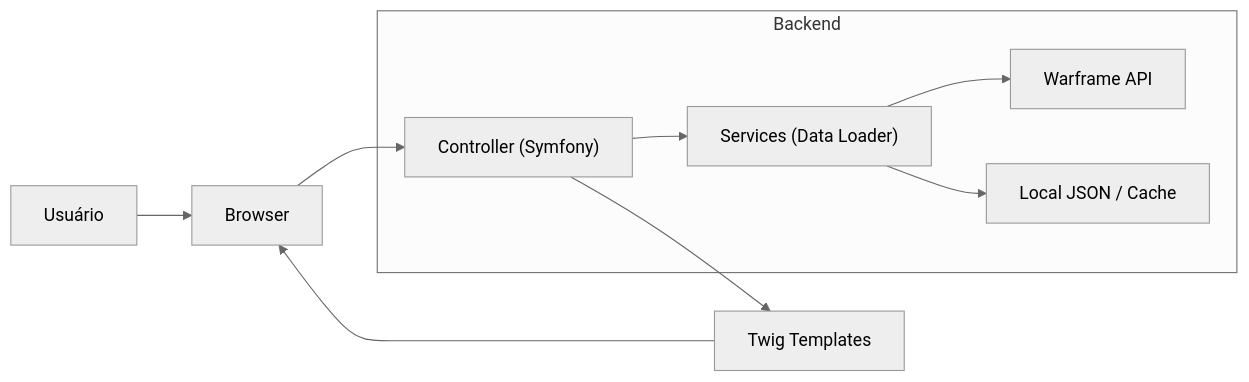
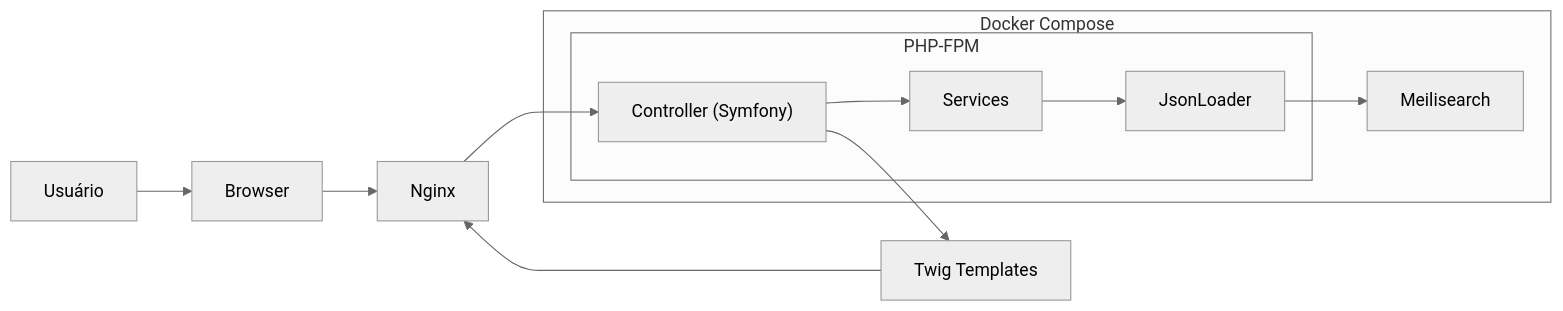
Before and after one commit to EduLoboM/Equinoxer: the diagram in README.md, drawn with Mermaid (neutral theme). The commit also changed other lines of this file and 1 other file, not shown here.

````diff
--- a/README.md
+++ b/README.md
@@ -40,15 +42,18 @@
 ```mermaid
 graph LR
 
     User["Usuário"]:::user --> Browser[Browser]:::client
-    Browser --> Controller["Controller (Symfony)"]:::process
+    Browser --> Nginx["Nginx"]:::proxy
+    Nginx --> Controller["Controller (Symfony)"]:::process
     
-    subgraph Backend
-        Controller --> Service["Services (Data Loader)"]:::logic
-        Service --> API["Warframe API"]:::external
-        Service --> Cache["Local JSON / Cache"]:::storage
+    subgraph Docker["Docker Compose"]
+        subgraph Backend["PHP-FPM"]
+            Controller --> Service["Services"]:::logic
+            Service --> JsonLoader["JsonLoader"]:::data
+        end
+        JsonLoader --> Meilisearch["Meilisearch"]:::search
     end
 
     Controller --> Template["Twig Templates"]:::view
-    Template --> Browser
+    Template --> Nginx
 ```
````
